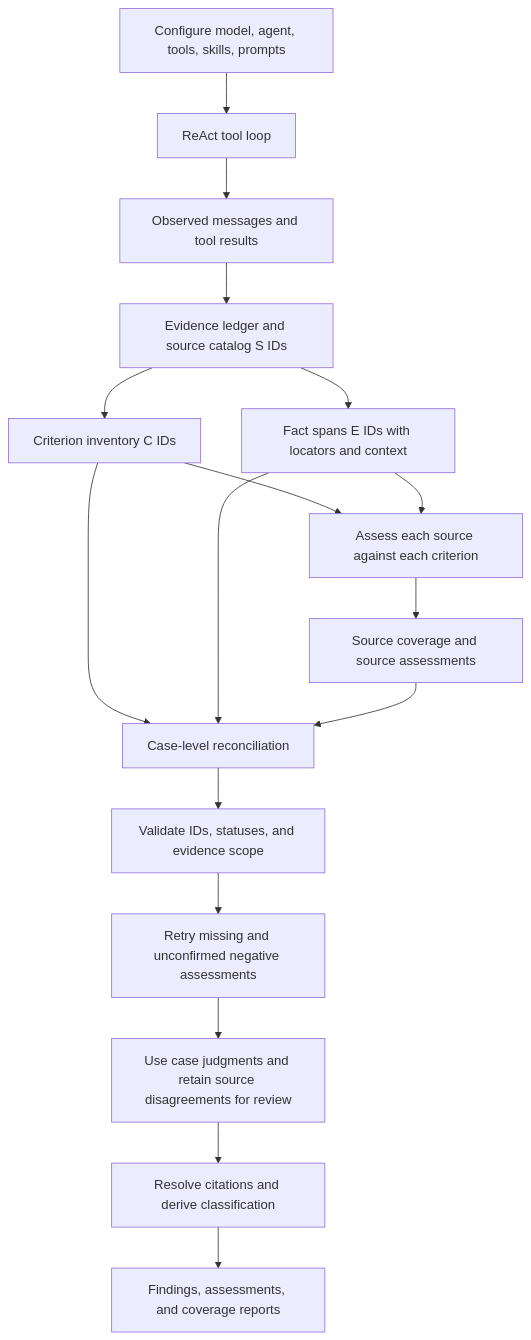
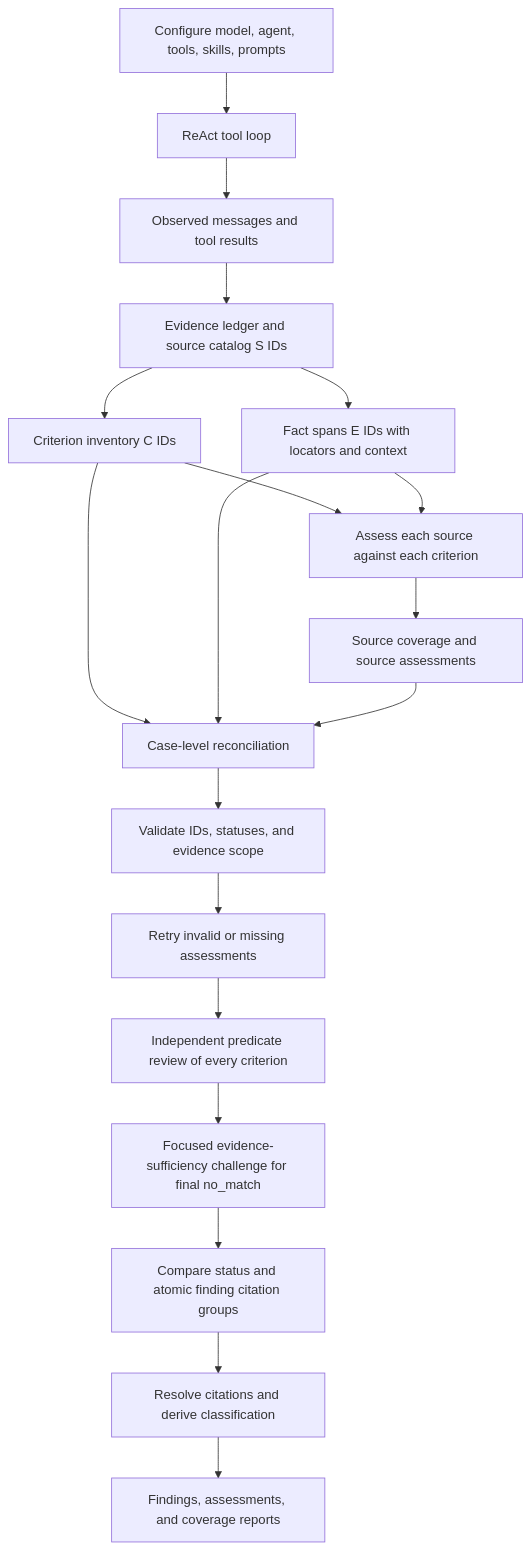
The diagram in docs/DESIGN.md (willtran87/tiny-skill-agent), drawn with Mermaid before and after one commit. The commit also changed other lines of this file and 80 other files, not shown here.

````diff
--- a/docs/DESIGN.md
+++ b/docs/DESIGN.md
@@ -25,19 +25,21 @@
 ```mermaid
 flowchart TD
     A[Configure model, agent, tools, skills, prompts] --> B[ReAct tool loop]
     B --> C[Observed messages and tool results]
     C --> D[Evidence ledger and source catalog S IDs]
     D --> E[Criterion inventory C IDs]
     D --> F[Fact spans E IDs with locators and context]
     E --> G[Assess each source against each criterion]
     F --> G
     G --> H[Source coverage and source assessments]
     E --> I[Case-level reconciliation]
     F --> I
     H --> I
     I --> J[Validate IDs, statuses, and evidence scope]
-    J --> K[Retry missing and unconfirmed negative assessments]
-    K --> L[Use case judgments and retain source disagreements for review]
+    J --> K[Retry invalid or missing assessments]
+    K --> R[Independent predicate review of every criterion]
+    R --> Q[Focused evidence-sufficiency challenge for final no_match]
+    Q --> L[Compare status and atomic finding citation groups]
     L --> M[Resolve citations and derive classification]
     M --> N[Findings, assessments, and coverage reports]
 ```
````
